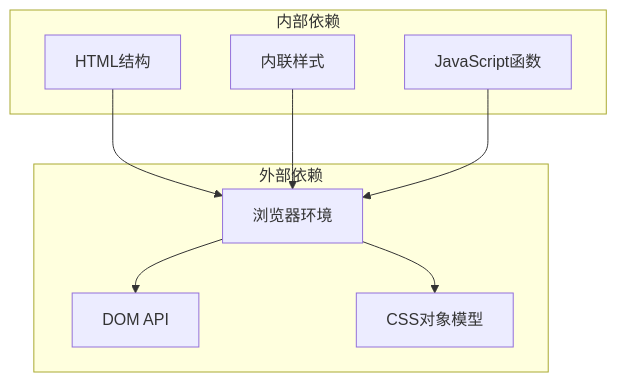
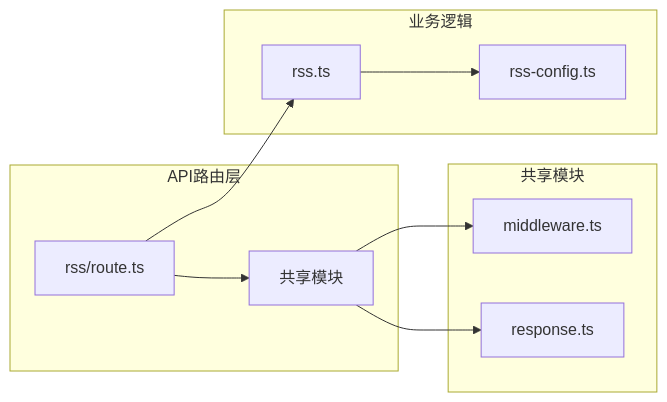
Before and after one commit to huanglixinccc/next-demo-collection: the third of 5 diagrams in .qoder/repowiki/zh/content/快速开始.md, drawn with Mermaid. The commit also changed other lines of this file and 10 other files, not shown here.

````diff
--- a/.qoder/repowiki/zh/content/快速开始.md
+++ b/.qoder/repowiki/zh/content/快速开始.md
@@ -209,18 +223,20 @@
 ```mermaid
-graph TB
-subgraph "内部依赖"
-HTML[HTML结构]
-CSS[内联样式]
-JS[JavaScript函数]
+graph LR
+subgraph "API路由层"
+Route[rss/route.ts]
+Shared[共享模块]
 end
-subgraph "外部依赖"
-Browser[浏览器环境]
-DOM[DOM API]
-CSSOM[CSS对象模型]
+subgraph "共享模块"
+Middleware[middleware.ts]
+Response[response.ts]
 end
-HTML --> Browser
-CSS --> Browser
-JS --> Browser
-Browser --> DOM
-Browser --> CSSOM
+subgraph "业务逻辑"
+RSSLib[rss.ts]
+Config[rss-config.ts]
+end
+Route --> Shared
+Route --> RSSLib
+RSSLib --> Config
+Shared --> Middleware
+Shared --> Response
 ```
````
